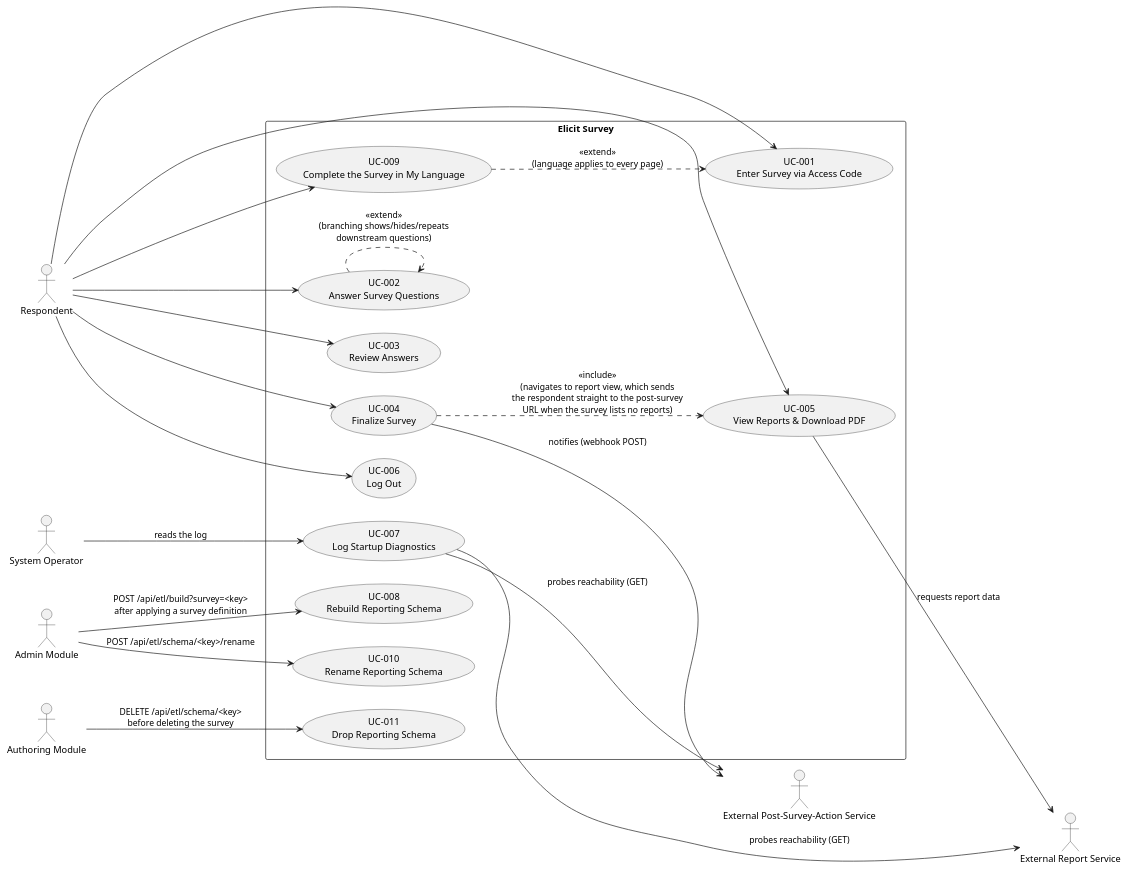
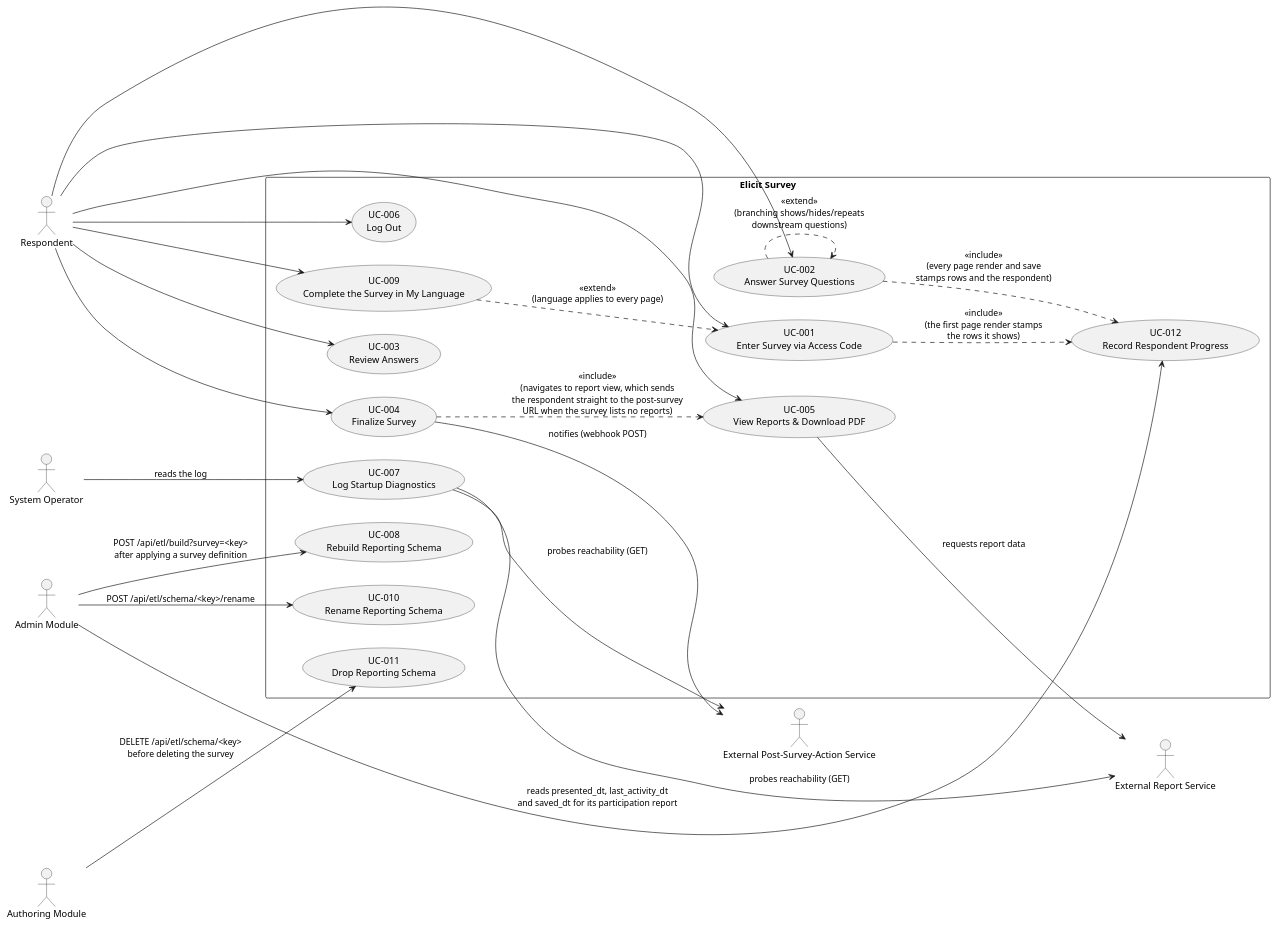
The diagram in docs/use_cases.puml (ElicitSoftware/Survey), drawn with PlantUML before and after one commit. The commit also changed 12 other files, not shown here.

First line of the commit message:
Record respondent progress: presented_dt, last_activity_dt, saved_dt on change

```diff
--- a/docs/use_cases.puml
+++ b/docs/use_cases.puml
@@ -1,47 +1,51 @@
 @startuml
 left to right direction
 skinparam packageStyle rectangle
 
 actor "Respondent" as Respondent
 actor "External Report Service" as ReportSvc
 actor "External Post-Survey-Action Service" as PsaSvc
 actor "System Operator" as Operator
 actor "Admin Module" as AdminApp
 actor "Authoring Module" as AuthorApp
 
 rectangle "Elicit Survey" {
   usecase "UC-001\nEnter Survey via Access Code" as UC001
   usecase "UC-002\nAnswer Survey Questions" as UC002
   usecase "UC-003\nReview Answers" as UC003
   usecase "UC-004\nFinalize Survey" as UC004
   usecase "UC-005\nView Reports & Download PDF" as UC005
   usecase "UC-006\nLog Out" as UC006
   usecase "UC-007\nLog Startup Diagnostics" as UC007
   usecase "UC-008\nRebuild Reporting Schema" as UC008
   usecase "UC-009\nComplete the Survey in My Language" as UC009
   usecase "UC-010\nRename Reporting Schema" as UC010
   usecase "UC-011\nDrop Reporting Schema" as UC011
+  usecase "UC-012\nRecord Respondent Progress" as UC012
 }
 
 Respondent --> UC001
 Respondent --> UC002
 Respondent --> UC003
 Respondent --> UC004
 Respondent --> UC005
 Respondent --> UC006
 Operator --> UC007 : reads the log
 AdminApp --> UC008 : POST /api/etl/build?survey=<key>\nafter applying a survey definition
 AdminApp --> UC010 : POST /api/etl/schema/<key>/rename
 AuthorApp --> UC011 : DELETE /api/etl/schema/<key>\nbefore deleting the survey
 Respondent --> UC009
+AdminApp --> UC012 : reads presented_dt, last_activity_dt\nand saved_dt for its participation report
 
 UC004 ..> UC005 : <<include>>\n(navigates to report view, which sends\nthe respondent straight to the post-survey\nURL when the survey lists no reports)
 UC009 ..> UC001 : <<extend>>\n(language applies to every page)
 UC002 ..> UC002 : <<extend>>\n(branching shows/hides/repeats\ndownstream questions)
+UC001 ..> UC012 : <<include>>\n(the first page render stamps\nthe rows it shows)
+UC002 ..> UC012 : <<include>>\n(every page render and save\nstamps rows and the respondent)
 
 UC004 --> PsaSvc : notifies (webhook POST)
 UC005 --> ReportSvc : requests report data
 UC007 --> ReportSvc : probes reachability (GET)
 UC007 --> PsaSvc : probes reachability (GET)
 
 @enduml
```
